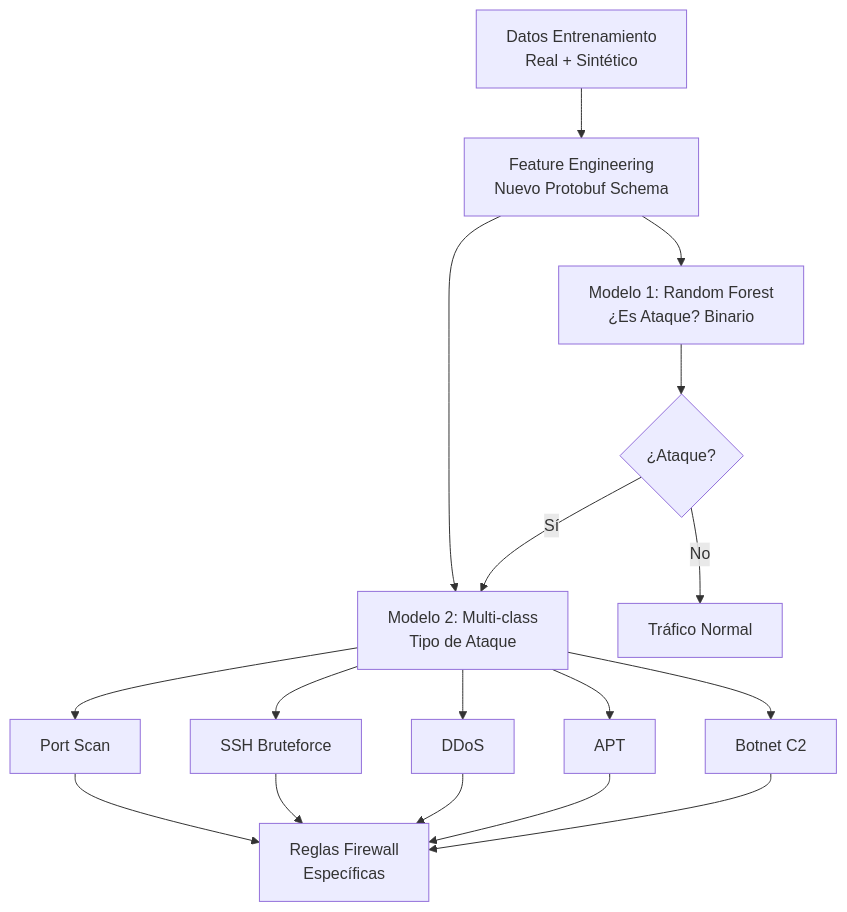
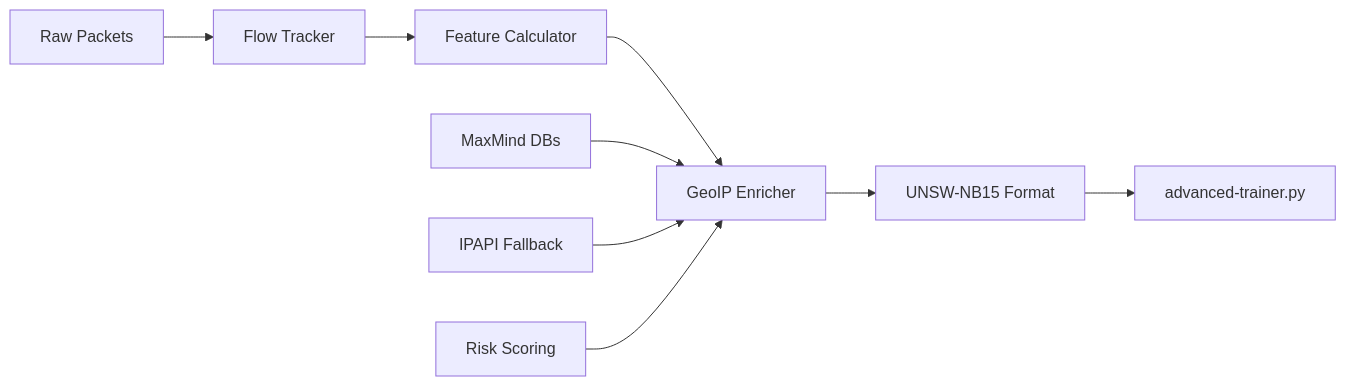
The first of 2 diagrams in README.md (alonsoir/upgraded-happiness), drawn with Mermaid before and after one commit. The commit also changed other lines of this file and 1 other file, not shown here.

Commit message:
Creado un fichero csv con tráfico privado que me servirá para discriminar Movimiento lateral, Scanning interno, Privilege escalation, Data exfiltration de peticiones normales.

````diff
--- a/README.md
+++ b/README.md
@@ -79,19 +122,12 @@
 ```mermaid
-flowchart TD
-    A[Datos Entrenamiento<br/>Real + Sintético] --> B[Feature Engineering<br/>Nuevo Protobuf Schema]
-    B --> C[Modelo 1: Random Forest<br/>¿Es Ataque? Binario]
-    B --> D[Modelo 2: Multi-class<br/>Tipo de Ataque]
-    C --> E{¿Ataque?}
-    E -->|Sí| D
-    E -->|No| F[Tráfico Normal]
-    D --> G[Port Scan]
-    D --> H[SSH Bruteforce] 
-    D --> I[DDoS]
-    D --> J[APT]
-    D --> K[Botnet C2]
-    G --> L[Reglas Firewall<br/>Específicas]
-    H --> L
-    I --> L
-    J --> L
-    K --> L
+graph LR
+    A[Raw Packets] --> B[Flow Tracker]
+    B --> C[Feature Calculator]
+    C --> D[GeoIP Enricher]
+    D --> E[UNSW-NB15 Format]
+    E --> F[advanced-trainer.py]
+    
+    G[MaxMind DBs] --> D
+    H[IPAPI Fallback] --> D
+    I[Risk Scoring] --> D
 ```
````
